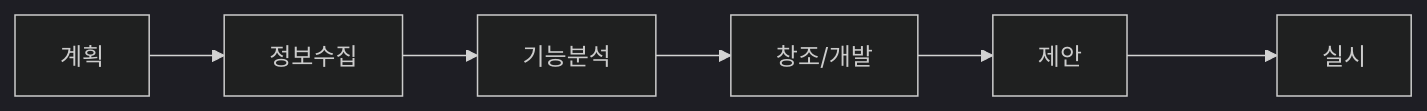
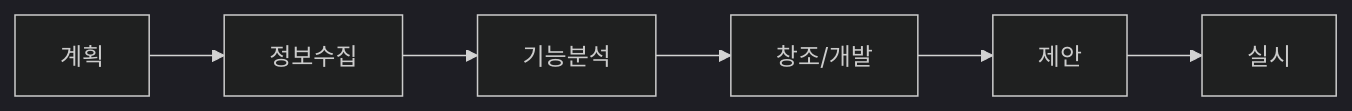
Before and after one commit to yeonkyupark/pepc2e: the second of 2 diagrams in 1001가치공학.qmd, drawn with Mermaid (dark theme). The commit also changed other lines of this file, not shown here.

````diff
--- a/1001가치공학.qmd
+++ b/1001가치공학.qmd
@@ -96,4 +84,4 @@
 ```{mermaid}
 flowchart LR
-계획 --> 정보수집 --> 기능분석 --> 1["창조/개발"] --> 제안 ---> 실시 
+    계획 --> 정보수집 --> 기능분석 --> 1["창조/개발"] --> 제안 --> 실시 
 ```
````
